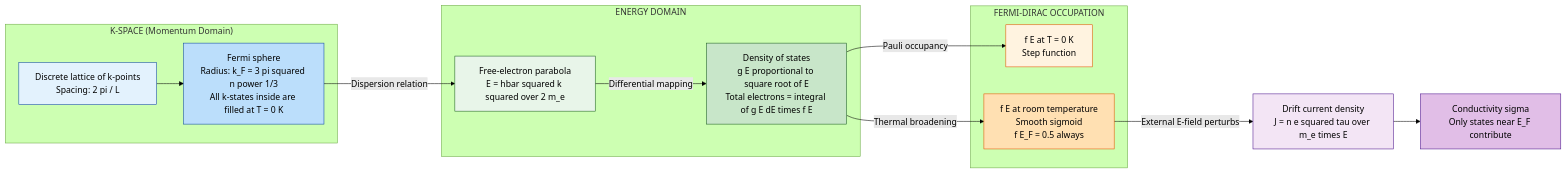
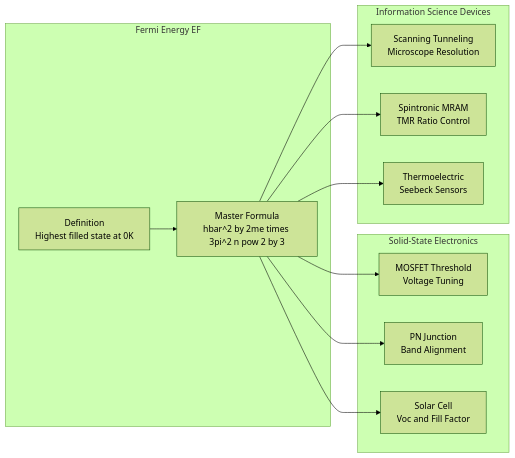
Before and after one commit to vishnuu-kr/ktunode: the second of 4 diagrams in public/notes/computer-science-and-engineering/semester-1/gapht121-physics-for-information-science/01-module-1-electrical-conductivity/fermi-energy/notes.md, drawn with Mermaid (forest theme). The commit also changed other lines of this file and 4829 other files, not shown here.

````diff
--- a/public/notes/computer-science-and-engineering/semester-1/gapht121-physics-for-information-science/01-module-1-electrical-conductivity/fermi-energy/notes.md
+++ b/public/notes/computer-science-and-engineering/semester-1/gapht121-physics-for-information-science/01-module-1-electrical-conductivity/fermi-energy/notes.md
@@ -485,35 +368,32 @@
 ```mermaid
 flowchart LR
-    subgraph "K-SPACE (Momentum Domain)"
-        K1["Discrete lattice of k-points<br/>Spacing: 2 pi / L"]
-        K2["Fermi sphere<br/>Radius: k_F = 3 pi squared n power 1/3<br/>All k-states inside are filled at T = 0 K"]
+    subgraph S1["Fermi Energy EF"]
+        DEF["Definition<br/>Highest filled state at 0K"]
+        FORM["Master Formula<br/>hbar^2 by 2me times 3pi^2 n pow 2 by 3"]
     end
 
-    subgraph "ENERGY DOMAIN"
-        E1["Free-electron parabola<br/>E = hbar squared k squared over 2 m_e"]
-        E2["Density of states<br/>g E proportional to square root of E<br/>Total electrons = integral of g E dE times f E"]
+    subgraph S2["Solid-State Electronics"]
+        FET["MOSFET Threshold<br/>Voltage Tuning"]
+        PNJ["PN Junction<br/>Band Alignment"]
+        SOL["Solar Cell<br/>Voc and Fill Factor"]
     end
 
-    subgraph "FERMI-DIRAC OCCUPATION"
-        F1["f E at T = 0 K<br/>Step function"]
-        F2["f E at room temperature<br/>Smooth sigmoid<br/>f E_F = 0.5 always"]
+    subgraph S3["Information Science Devices"]
+        STM["Scanning Tunneling<br/>Microscope Resolution"]
+        MRAM["Spintronic MRAM<br/>TMR Ratio Control"]
+        THERMO["Thermoelectric<br/>Seebeck Sensors"]
     end
 
-    K1 --> K2
-    K2 -- "Dispersion relation" --> E1
-    E1 -- "Differential mapping" --> E2
-    E2 -- "Pauli occupancy" --> F1
-    E2 -- "Thermal broadening" --> F2
+    DEF --> FORM
+    FORM --> FET
+    FORM --> PNJ
+    FORM --> SOL
+    FORM --> STM
+    FORM --> MRAM
+    FORM --> THERMO
 
-    F2 -- "External E-field perturbs" --> P["Drift current density<br/>J = n e squared tau over m_e times E"]
-    P --> P1["Conductivity sigma<br/>Only states near E_F contribute"]
-
-    style K1 fill:#e3f2fd,stroke:#0d47a1
-    style K2 fill:#bbdefb,stroke:#0d47a1
-    style E1 fill:#e8f5e9,stroke:#1b5e20
-    style E2 fill:#c8e6c9,stroke:#1b5e20
-    style F1 fill:#fff3e0,stroke:#e65100
-    style F2 fill:#ffe0b2,stroke:#e65100
-    style P fill:#f3e5f5,stroke:#4a148c
-    style P1 fill:#e1bee7,stroke:#4a148c
+    classDef theory  fill:#ede7f6,stroke:#4527a0,stroke-width:2px,color:#311b92
+    classDef elec    fill:#e0f7fa,stroke:#00695c,stroke-width:2px,color:#004d40
+    classDef info    fill:#fce4ec,stroke:#ad1457,stroke-width:2px,color:#880e4f
+    classDef defNode fill:#fff3e0,stroke:#e65100,stroke-width:1.5px,color:#bf360c
 ```
````
